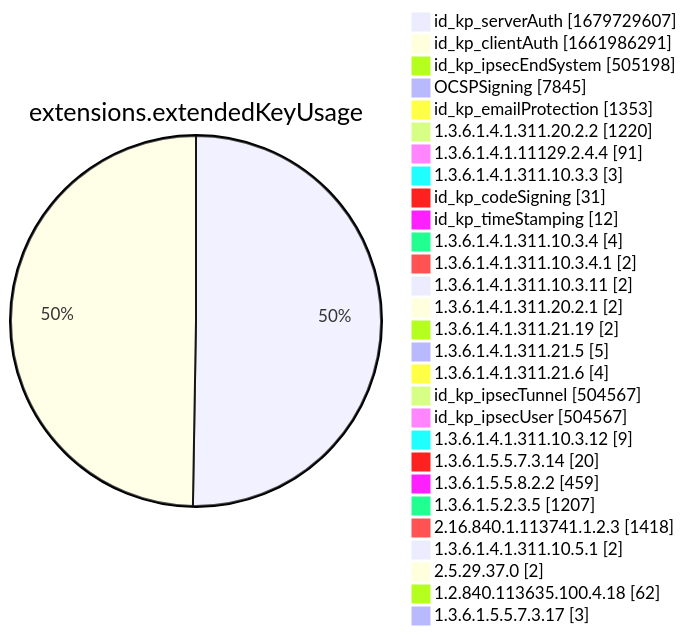
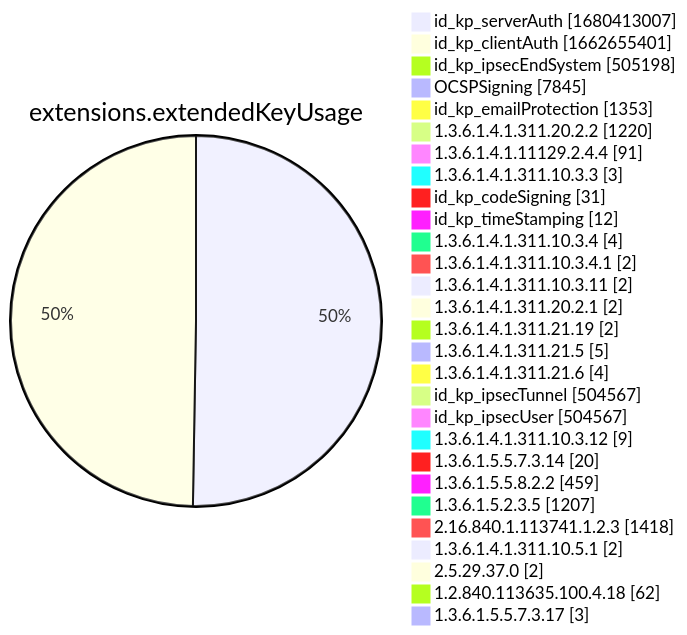
One commit to christiankrug/ctmonitor_visualization changed diagram 12 of 15 in xenon2022/README.md. Above: the diagram before and after it, drawn with Mermaid. The commit also changed other lines of this file, not shown here.

````diff
--- a/xenon2022/README.md
+++ b/xenon2022/README.md
@@ -3888,32 +3888,32 @@
 ```mermaid
 pie showData
 title extensions.extendedKeyUsage
-"id_kp_serverAuth" :1679729607
-"id_kp_clientAuth" :1661986291
+"id_kp_serverAuth" :1680413007
+"id_kp_clientAuth" :1662655401
 "id_kp_ipsecEndSystem" :505198
 "OCSPSigning" :7845
 "id_kp_emailProtection" :1353
 "1.3.6.1.4.1.311.20.2.2" :1220
 "1.3.6.1.4.1.11129.2.4.4" :91
 "1.3.6.1.4.1.311.10.3.3" :3
 "id_kp_codeSigning" :31
 "id_kp_timeStamping" :12
 "1.3.6.1.4.1.311.10.3.4" :4
 "1.3.6.1.4.1.311.10.3.4.1" :2
 "1.3.6.1.4.1.311.10.3.11" :2
 "1.3.6.1.4.1.311.20.2.1" :2
 "1.3.6.1.4.1.311.21.19" :2
 "1.3.6.1.4.1.311.21.5" :5
 "1.3.6.1.4.1.311.21.6" :4
 "id_kp_ipsecTunnel" :504567
 "id_kp_ipsecUser" :504567
 "1.3.6.1.4.1.311.10.3.12" :9
 "1.3.6.1.5.5.7.3.14" :20
 "1.3.6.1.5.5.8.2.2" :459
 "1.3.6.1.5.2.3.5" :1207
 "2.16.840.1.113741.1.2.3" :1418
 "1.3.6.1.4.1.311.10.5.1" :2
 "2.5.29.37.0" :2
 "1.2.840.113635.100.4.18" :62
 "1.3.6.1.5.5.7.3.17" :3
 ```
````
